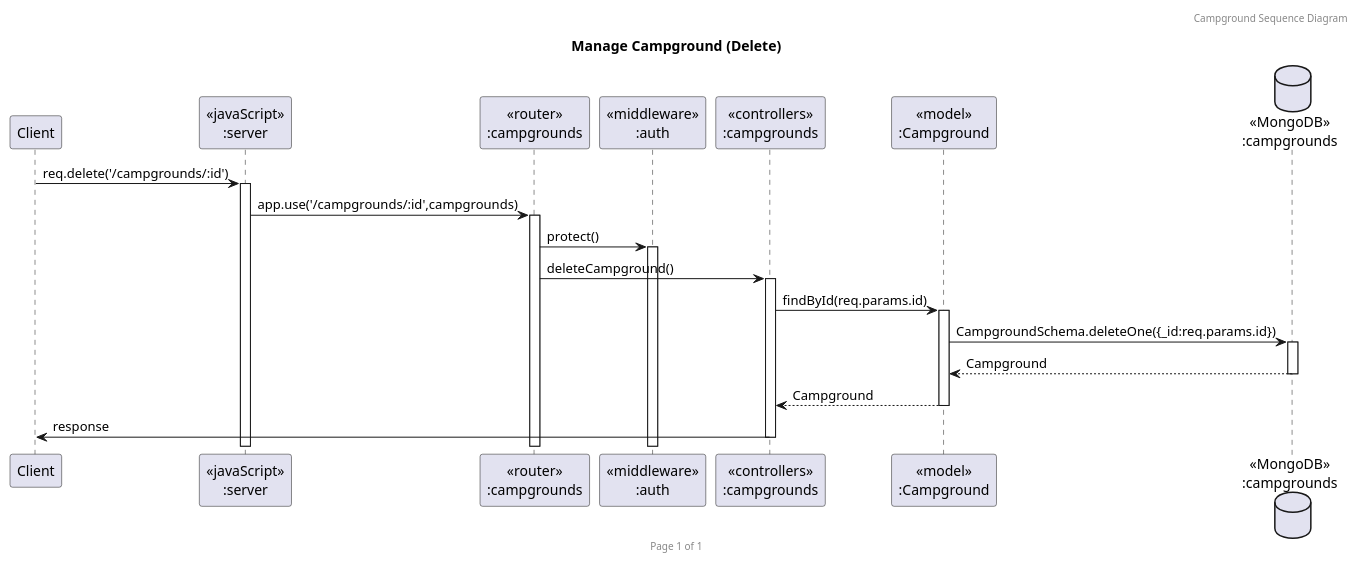
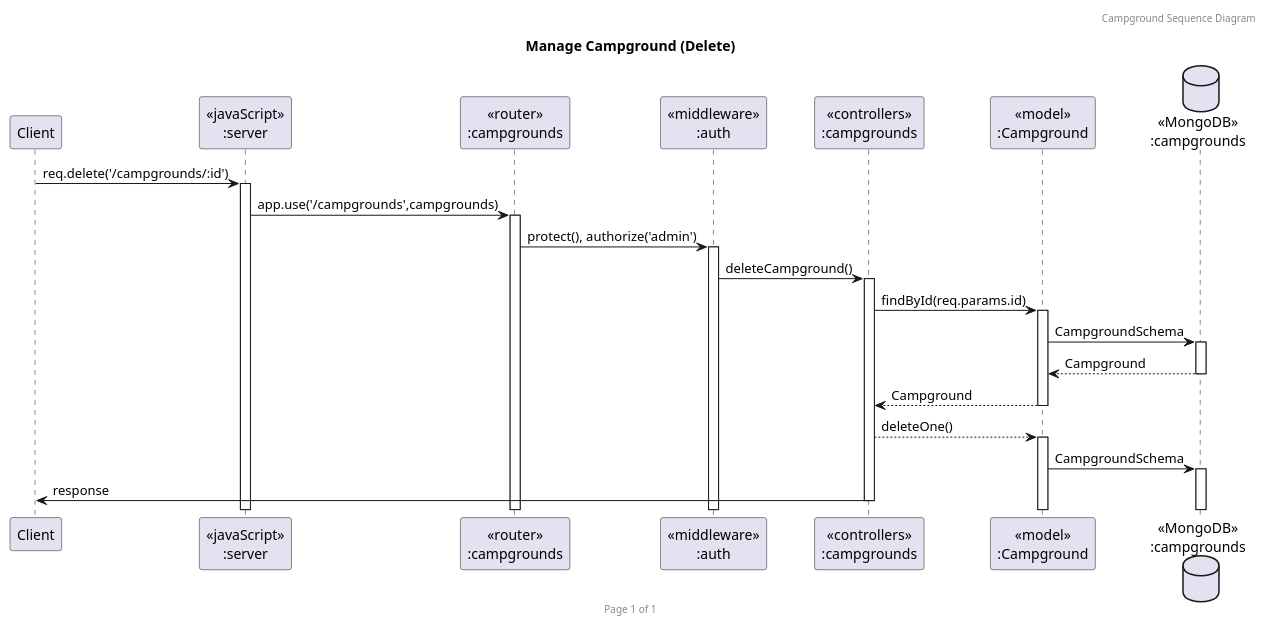
The diagram in puml/sequence_diagram/campgrounds/delete-campground.puml (2110503TACEDT66/presentation-day-1-por), drawn with PlantUML before and after one commit. The commit also changed 11 other files, not shown here.

```diff
--- a/puml/sequence_diagram/campgrounds/delete-campground.puml
+++ b/puml/sequence_diagram/campgrounds/delete-campground.puml
@@ -1,25 +1,27 @@
 @startuml delete-campground
 
 header Campground Sequence Diagram
 footer Page %page% of %lastpage%
 title "Manage Campground (Delete)"
 
 participant "Client" as client
 participant "<<javaScript>>\n:server" as server
 participant "<<router>>\n:campgrounds" as routerCampgrounds
-participant "<<middleware>>\n:auth" as middleware
+participant "<<middleware>>\n:auth" as middlewareAuth
 participant "<<controllers>>\n:campgrounds" as controllersCampgrounds
 participant "<<model>>\n:Campground" as modelCampground
 database "<<MongoDB>>\n:campgrounds" as CampgroundsDatabase
 
 client->server ++:req.delete('/campgrounds/:id')
-server->routerCampgrounds ++:app.use('/campgrounds/:id',campgrounds)
-routerCampgrounds -> middleware ++: protect()
-routerCampgrounds -> controllersCampgrounds ++:deleteCampground()
+server->routerCampgrounds ++:app.use('/campgrounds',campgrounds)
+routerCampgrounds -> middlewareAuth ++: protect(), authorize('admin')
+middlewareAuth -> controllersCampgrounds ++:deleteCampground()
 controllersCampgrounds->modelCampground ++:findById(req.params.id)
-modelCampground ->CampgroundsDatabase ++: CampgroundSchema.deleteOne({_id:req.params.id})
+modelCampground -> CampgroundsDatabase ++: CampgroundSchema
 CampgroundsDatabase --> modelCampground --: Campground
 controllersCampgrounds <-- modelCampground --: Campground
+controllersCampgrounds --> modelCampground ++: deleteOne()
+modelCampground -> CampgroundsDatabase ++: CampgroundSchema
 controllersCampgrounds->client --:response
 
 @enduml
```
